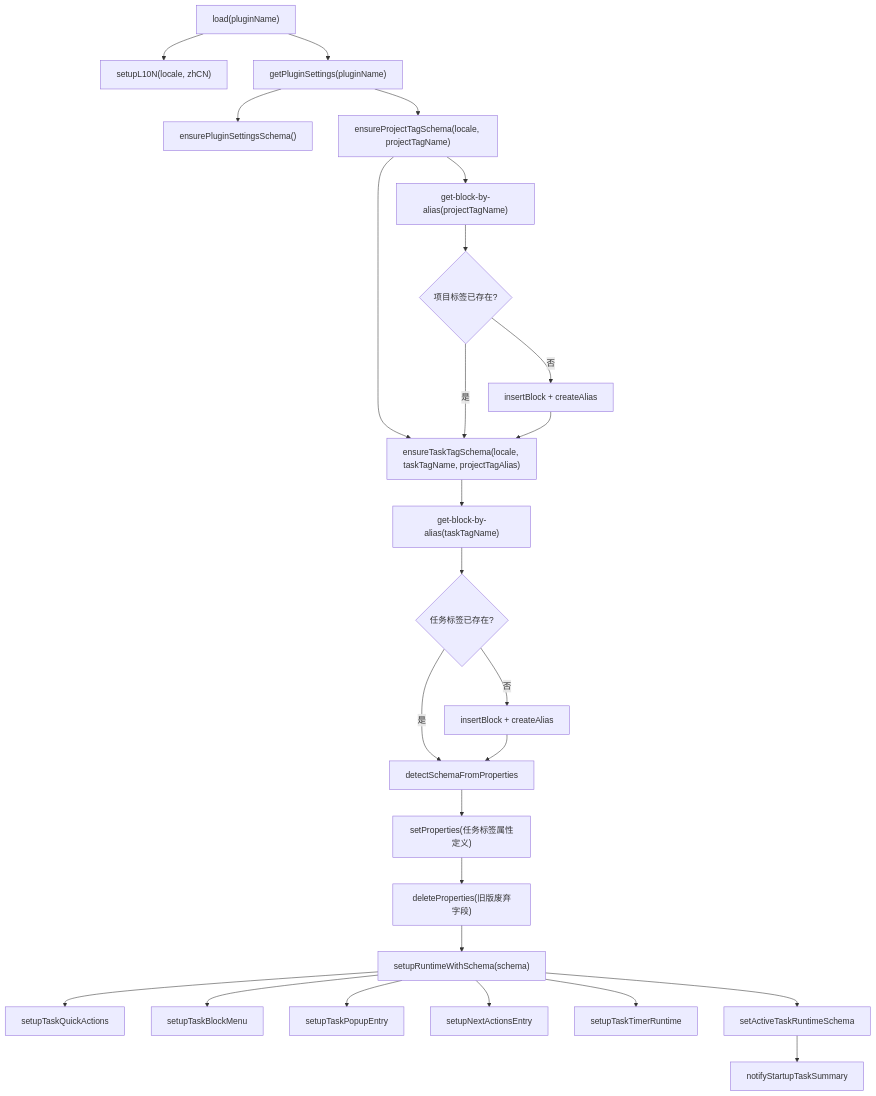
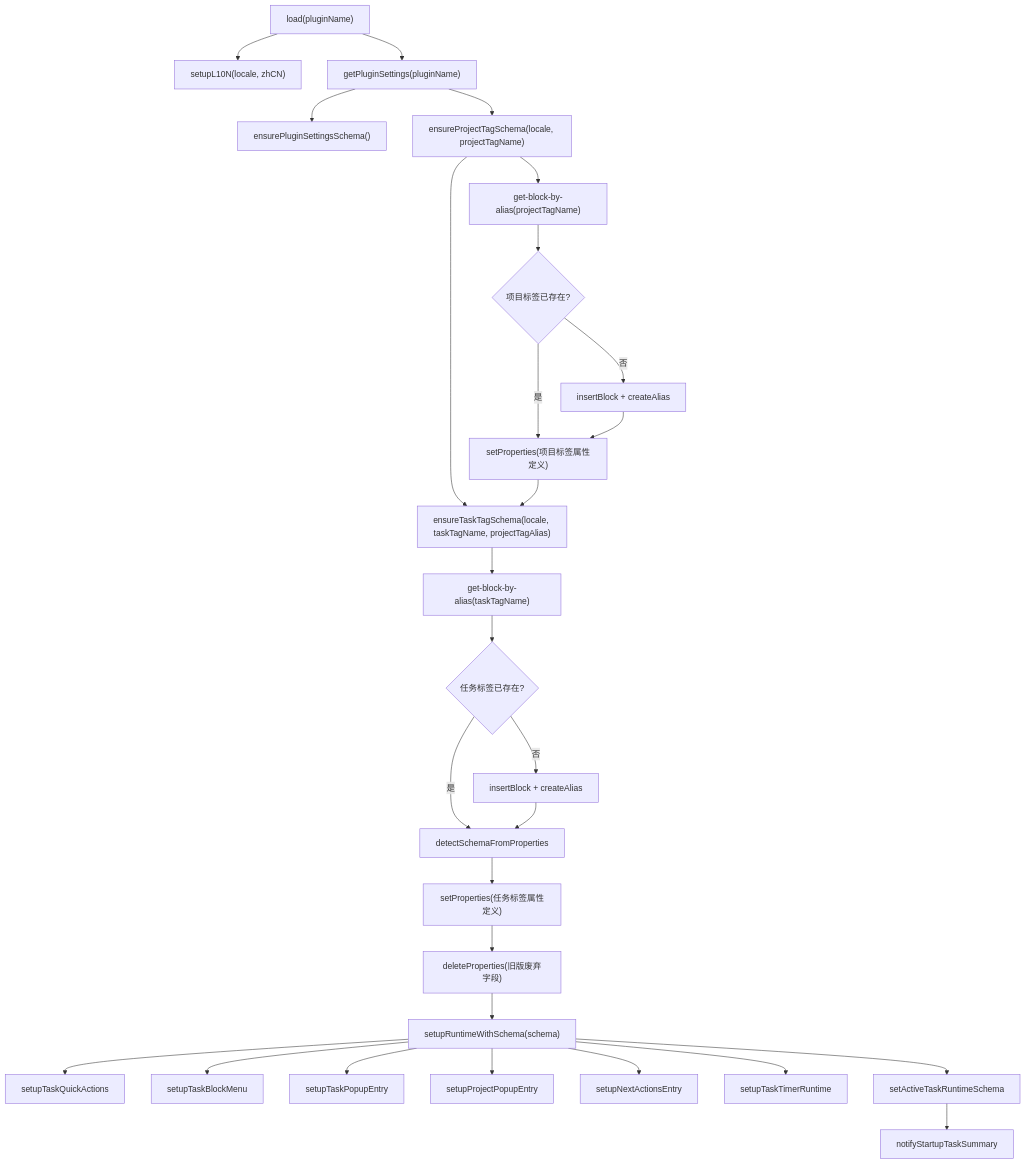
The first of 3 diagrams in doc/数据流/01-运行时启动与注册.md (litcu/orca-plugin-task-planner), drawn with Mermaid before and after one commit. The commit also changed other lines of this file and 13 other files, not shown here.

````diff
--- a/doc/数据流/01-运行时启动与注册.md
+++ b/doc/数据流/01-运行时启动与注册.md
@@ -22,31 +23,33 @@
 ```mermaid
 flowchart TD
   Load["load(pluginName)"] --> L10N["setupL10N(locale, zhCN)"]
   Load --> ReadSettings["getPluginSettings(pluginName)"]
   ReadSettings --> SettingsSchema["ensurePluginSettingsSchema()"]
   ReadSettings --> EnsureProjectTag["ensureProjectTagSchema(locale, projectTagName)"]
   EnsureProjectTag --> EnsureTaskTag["ensureTaskTagSchema(locale, taskTagName, projectTagAlias)"]
 
   EnsureProjectTag --> GetProjectAlias["get-block-by-alias(projectTagName)"]
   GetProjectAlias --> ProjectExists{"项目标签已存在?"}
   ProjectExists -- 否 --> CreateProjectTagBlock["insertBlock + createAlias"]
-  ProjectExists -- 是 --> EnsureTaskTag
-  CreateProjectTagBlock --> EnsureTaskTag
+  ProjectExists -- 是 --> WriteProjectSchema["setProperties(项目标签属性定义)"]
+  CreateProjectTagBlock --> WriteProjectSchema
+  WriteProjectSchema --> EnsureTaskTag
   EnsureTaskTag --> GetAlias["get-block-by-alias(taskTagName)"]
   GetAlias --> Exists{"任务标签已存在?"}
   Exists -- 否 --> CreateTagBlock["insertBlock + createAlias"]
   Exists -- 是 --> DetectSchema["detectSchemaFromProperties"]
   CreateTagBlock --> DetectSchema
   DetectSchema --> WriteSchema["setProperties(任务标签属性定义)"]
   WriteSchema --> DeleteRetired["deleteProperties(旧版废弃字段)"]
   DeleteRetired --> Runtime["setupRuntimeWithSchema(schema)"]
 
   Runtime --> QuickActions["setupTaskQuickActions"]
   Runtime --> BlockMenu["setupTaskBlockMenu"]
   Runtime --> PopupEntry["setupTaskPopupEntry"]
+  Runtime --> ProjectPopupEntry["setupProjectPopupEntry"]
   Runtime --> ViewsPanel["setupNextActionsEntry"]
   Runtime --> TimerRuntime["setupTaskTimerRuntime"]
   Runtime --> RuntimeSchema["setActiveTaskRuntimeSchema"]
 
   RuntimeSchema --> StartupSummary["notifyStartupTaskSummary"]
 ```
````
